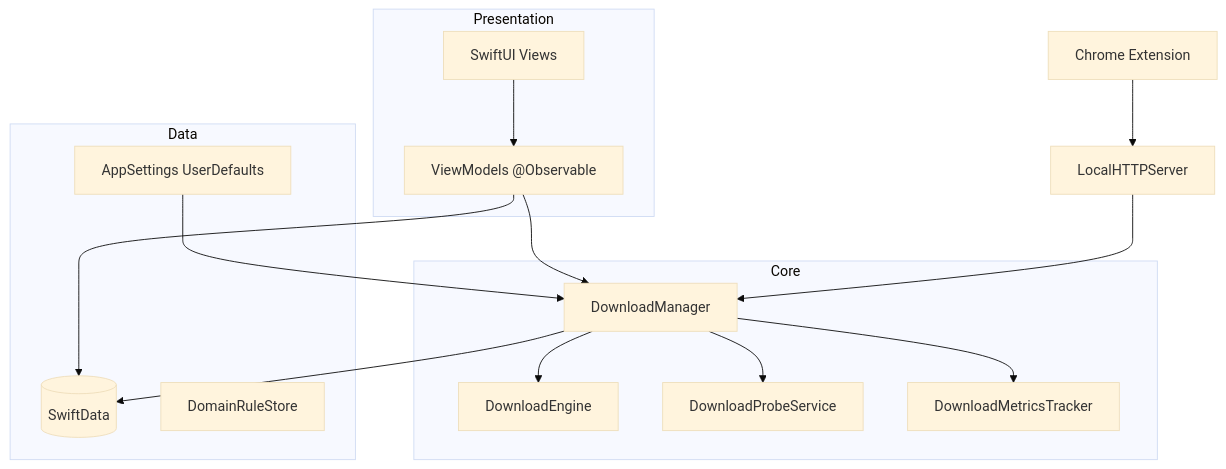
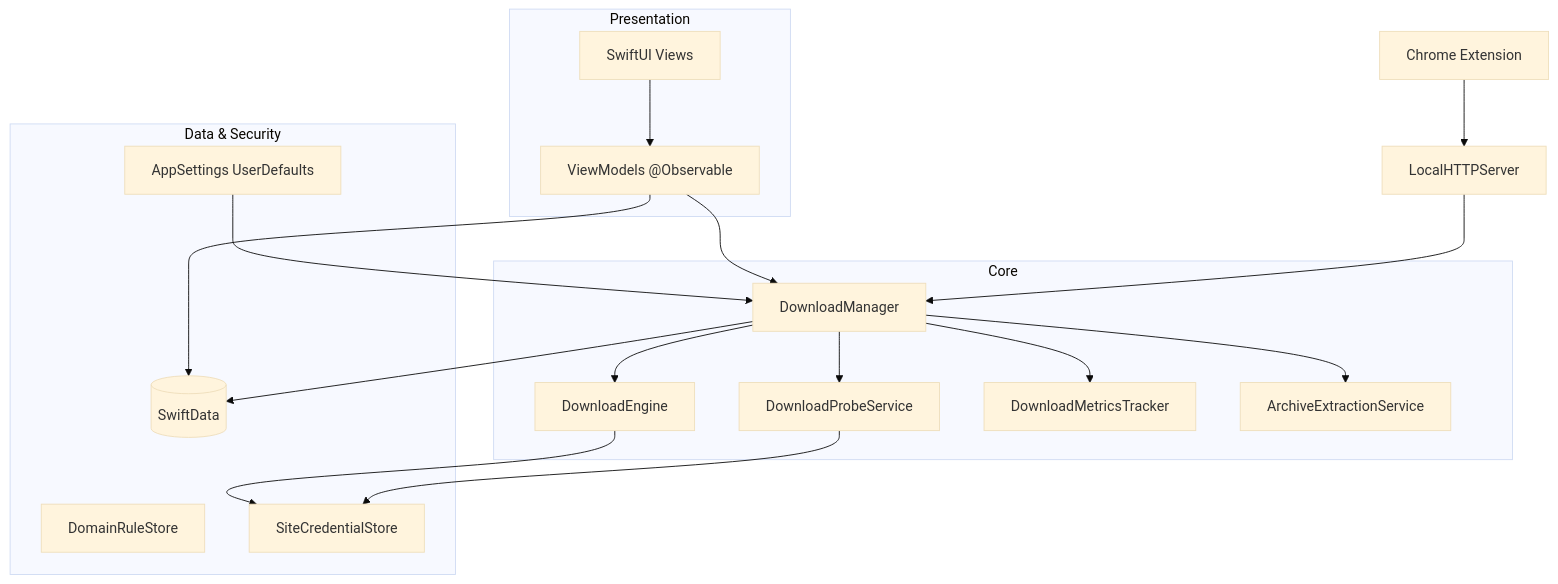
Before and after one commit to isthismarvin/SwiftDownloadManager: the diagram in docs/ARCHITECTURE.md, drawn with Mermaid (base theme). The commit also changed other lines of this file and 14 other files, not shown here.

````diff
--- a/docs/ARCHITECTURE.md
+++ b/docs/ARCHITECTURE.md
@@ -7,27 +7,32 @@
 ```mermaid
 flowchart TD
     subgraph ui [Presentation]
         Views[SwiftUI Views]
         VMs[ViewModels @Observable]
     end
     subgraph core [Core]
         DM[DownloadManager]
         ENG[DownloadEngine]
         PROBE[DownloadProbeService]
         MET[DownloadMetricsTracker]
+        ARCH[ArchiveExtractionService]
     end
-    subgraph data [Data]
+    subgraph data [Data & Security]
         SD[(SwiftData)]
         AS[AppSettings UserDefaults]
         DR[DomainRuleStore]
+        SCS[SiteCredentialStore]
     end
     Views --> VMs
     VMs --> DM
     VMs --> SD
     DM --> ENG
     DM --> SD
     DM --> MET
     DM --> PROBE
+    DM --> ARCH
+    ENG --> SCS
+    PROBE --> SCS
     AS --> DM
     EXT[Chrome Extension] --> LHS[LocalHTTPServer] --> DM
 ```
````
